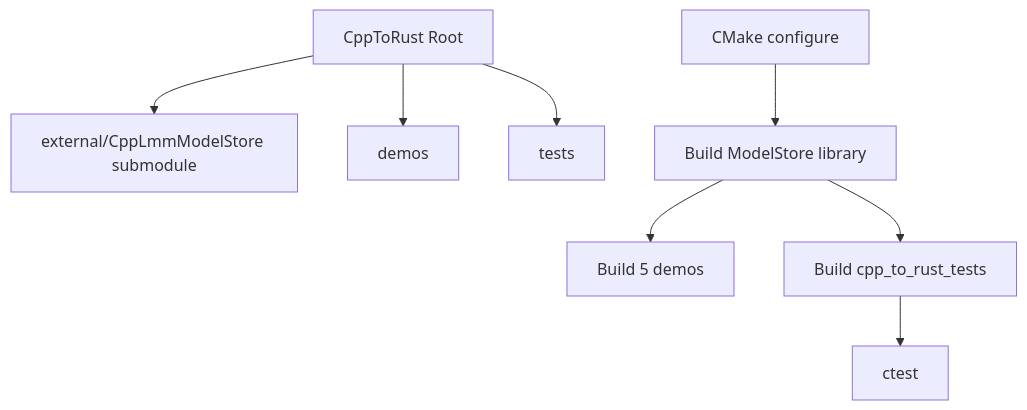
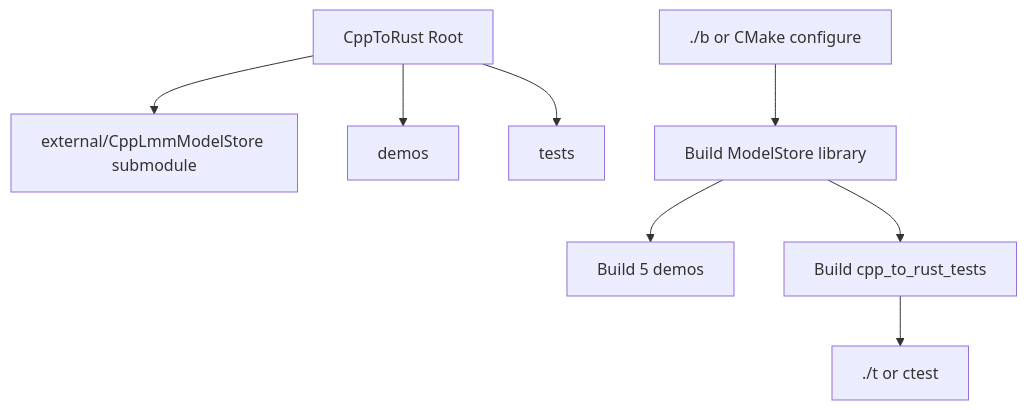
One commit to cschladetsch/CppToRustAI changed the first of 2 diagrams in README.md. Above: the diagram before and after it, drawn with Mermaid. The commit also changed other lines of this file and 1 other file, not shown here.

````diff
--- a/README.md
+++ b/README.md
@@ -5,10 +5,10 @@
 ```mermaid
 flowchart TD
   A[CppToRust Root] --> B[external/CppLmmModelStore submodule]
   A --> C[demos]
   A --> D[tests]
-  E[CMake configure] --> F[Build ModelStore library]
+  E[./b or CMake configure] --> F[Build ModelStore library]
   F --> G[Build 5 demos]
   F --> H[Build cpp_to_rust_tests]
-  H --> I[ctest]
+  H --> I[./t or ctest]
 ```
````
